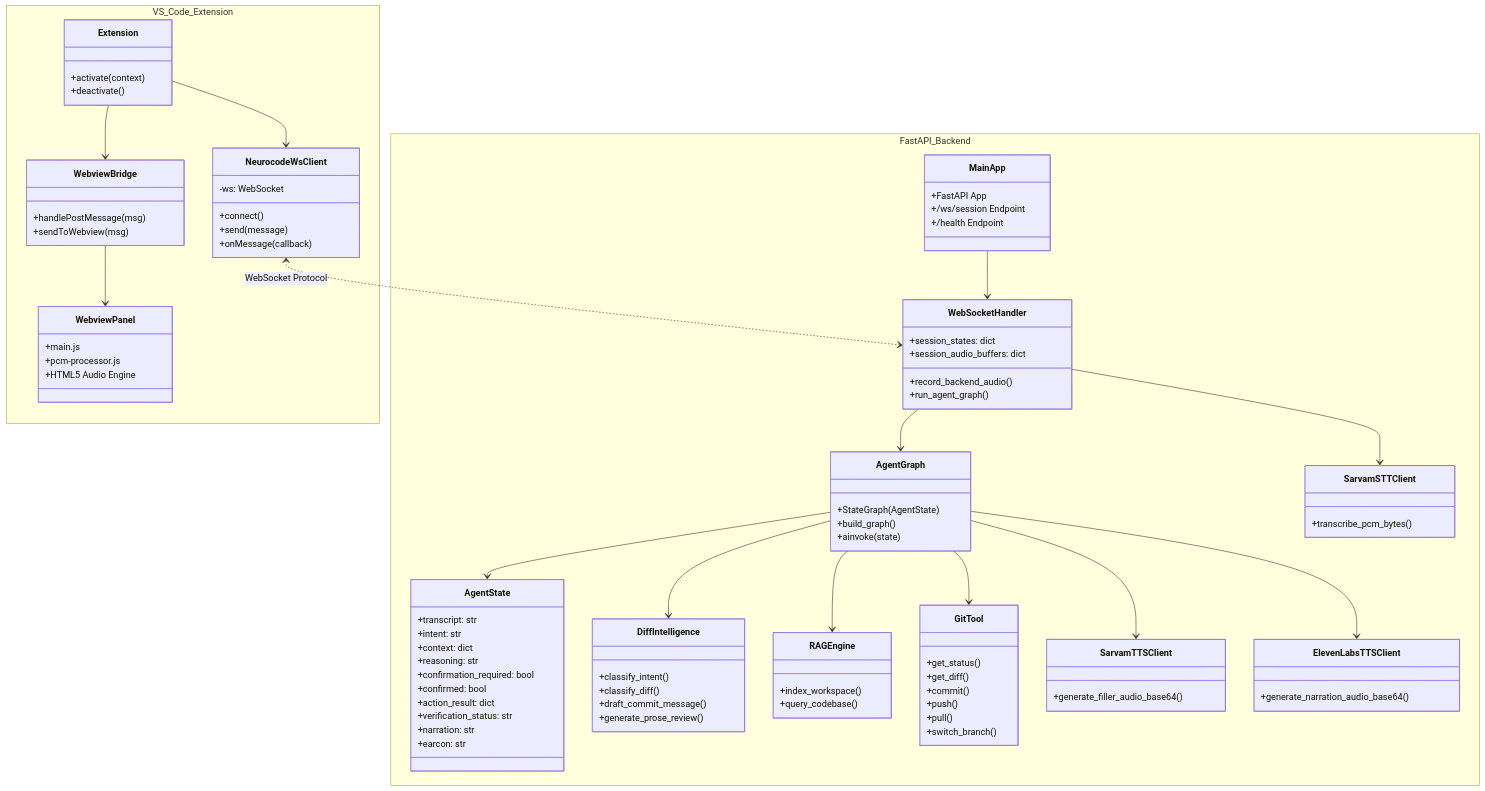
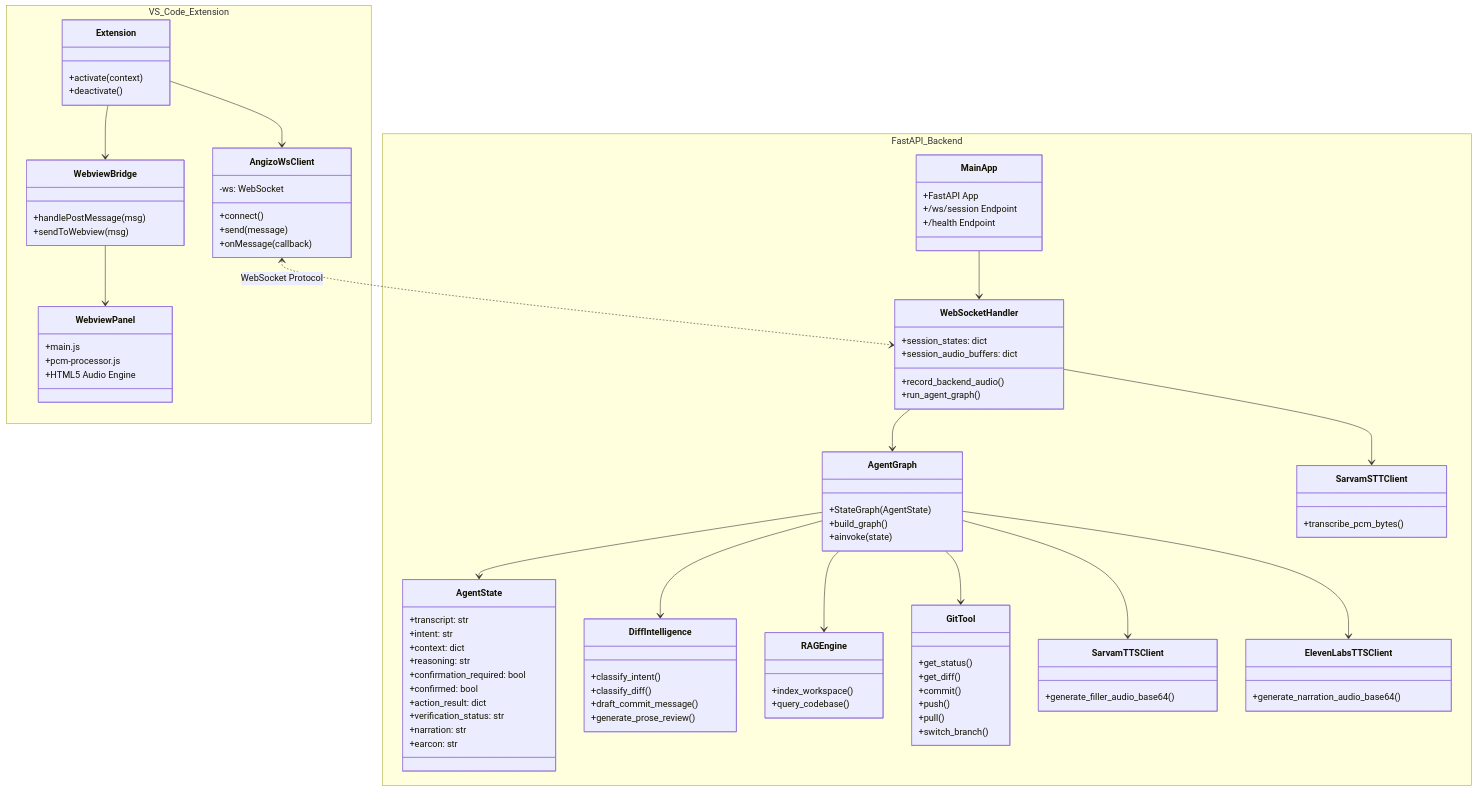
One commit to Poushali-02/Angizo changed the third of 4 diagrams in architecture_diagram.md. Above: the diagram before and after it, drawn with Mermaid. The commit also changed other lines of this file and 69 other files, not shown here.

```diff
--- a/architecture_diagram.md
+++ b/architecture_diagram.md
@@ -95,7 +95,7 @@
             +activate(context)
             +deactivate()
         }
-        class NeurocodeWsClient {
+        class AngizoWsClient {
             -ws: WebSocket
             +connect()
             +send(message)
@@ -170,10 +170,10 @@
         }
     }
 
-    Extension --> NeurocodeWsClient
+    Extension --> AngizoWsClient
     Extension --> WebviewBridge
     WebviewBridge --> WebviewPanel
-    NeurocodeWsClient <..> WebSocketHandler : WebSocket Protocol
+    AngizoWsClient <..> WebSocketHandler : WebSocket Protocol
 
     MainApp --> WebSocketHandler
     WebSocketHandler --> SarvamSTTClient
```
